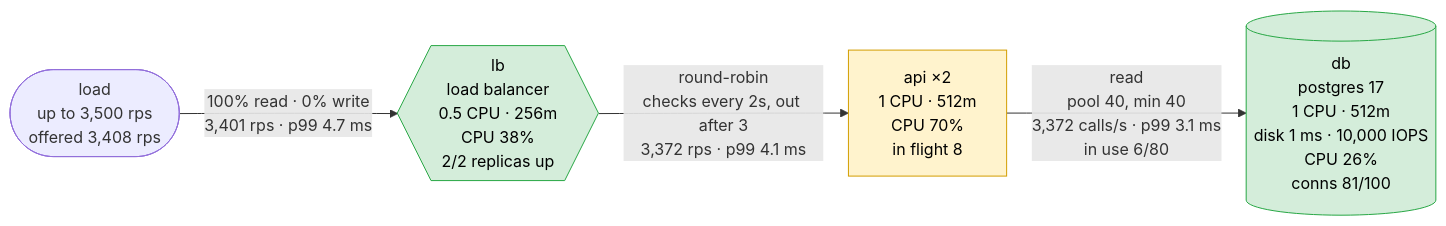
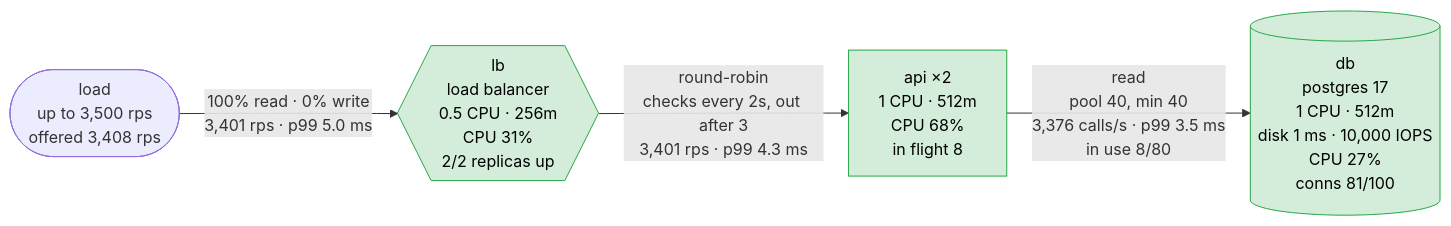
The first of 5 diagrams in scenarios/statement-day/solutions/provisioned-iops/report.md (akinfemi/load-lore), drawn with Mermaid before and after one commit. The commit also changed other lines of this file and 71 other files, not shown here.

First line of the commit message:
Re-measure the library on rules version 21; warm-pool storms are reconnections

````diff
--- a/scenarios/statement-day/solutions/provisioned-iops/report.md
+++ b/scenarios/statement-day/solutions/provisioned-iops/report.md
@@ -17,15 +17,14 @@
 ```mermaid
 flowchart LR
     load(["load<br/>up to 3,500 rps<br/>offered 3,408 rps"])
-    lb{{"lb<br/>load balancer<br/>0.5 CPU · 256m<br/>CPU 38%<br/>2/2 replicas up"}}
-    api["api ×2<br/>1 CPU · 512m<br/>CPU 70%<br/>in flight 8"]
-    db[("db<br/>postgres 17<br/>1 CPU · 512m<br/>disk 1 ms · 10,000 IOPS<br/>CPU 26%<br/>conns 81/100")]
-    load -->|"100% read · 0% write<br/>3,401 rps · p99 4.7 ms"| lb
-    lb -->|"round-robin<br/>checks every 2s, out after 3<br/>3,372 rps · p99 4.1 ms"| api
-    api -->|"read<br/>pool 40, min 40<br/>3,372 calls/s · p99 3.1 ms<br/>in use 6/80"| db
+    lb{{"lb<br/>load balancer<br/>0.5 CPU · 256m<br/>CPU 31%<br/>2/2 replicas up"}}
+    api["api ×2<br/>1 CPU · 512m<br/>CPU 68%<br/>in flight 8"]
+    db[("db<br/>postgres 17<br/>1 CPU · 512m<br/>disk 1 ms · 10,000 IOPS<br/>CPU 27%<br/>conns 81/100")]
+    load -->|"100% read · 0% write<br/>3,401 rps · p99 5.0 ms"| lb
+    lb -->|"round-robin<br/>checks every 2s, out after 3<br/>3,401 rps · p99 4.3 ms"| api
+    api -->|"read<br/>pool 40, min 40<br/>3,376 calls/s · p99 3.5 ms<br/>in use 8/80"| db
     classDef ok fill:#d4edda,stroke:#28a745,color:#000
     classDef warm fill:#fff3cd,stroke:#d39e00,color:#000
     classDef hot fill:#f8d7da,stroke:#dc3545,color:#000
-    class lb,db ok
-    class api warm
+    class lb,api,db ok
 ```
````
